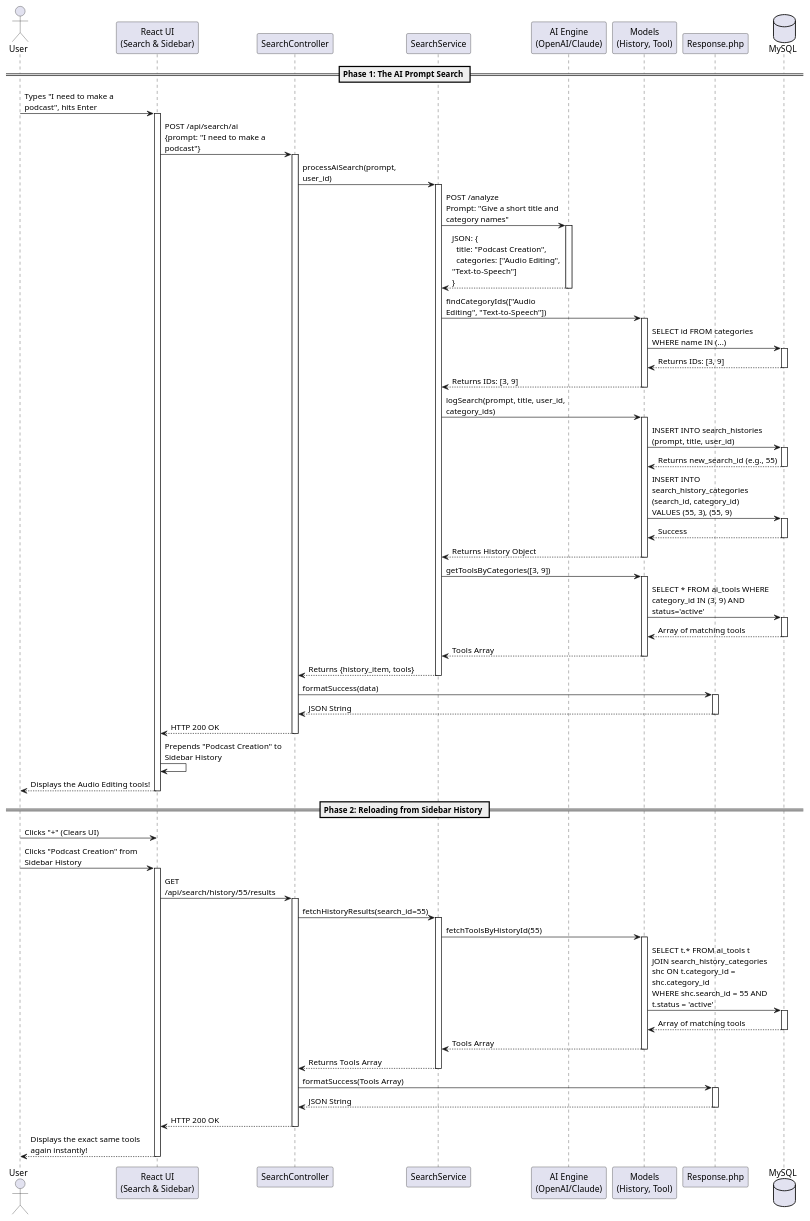
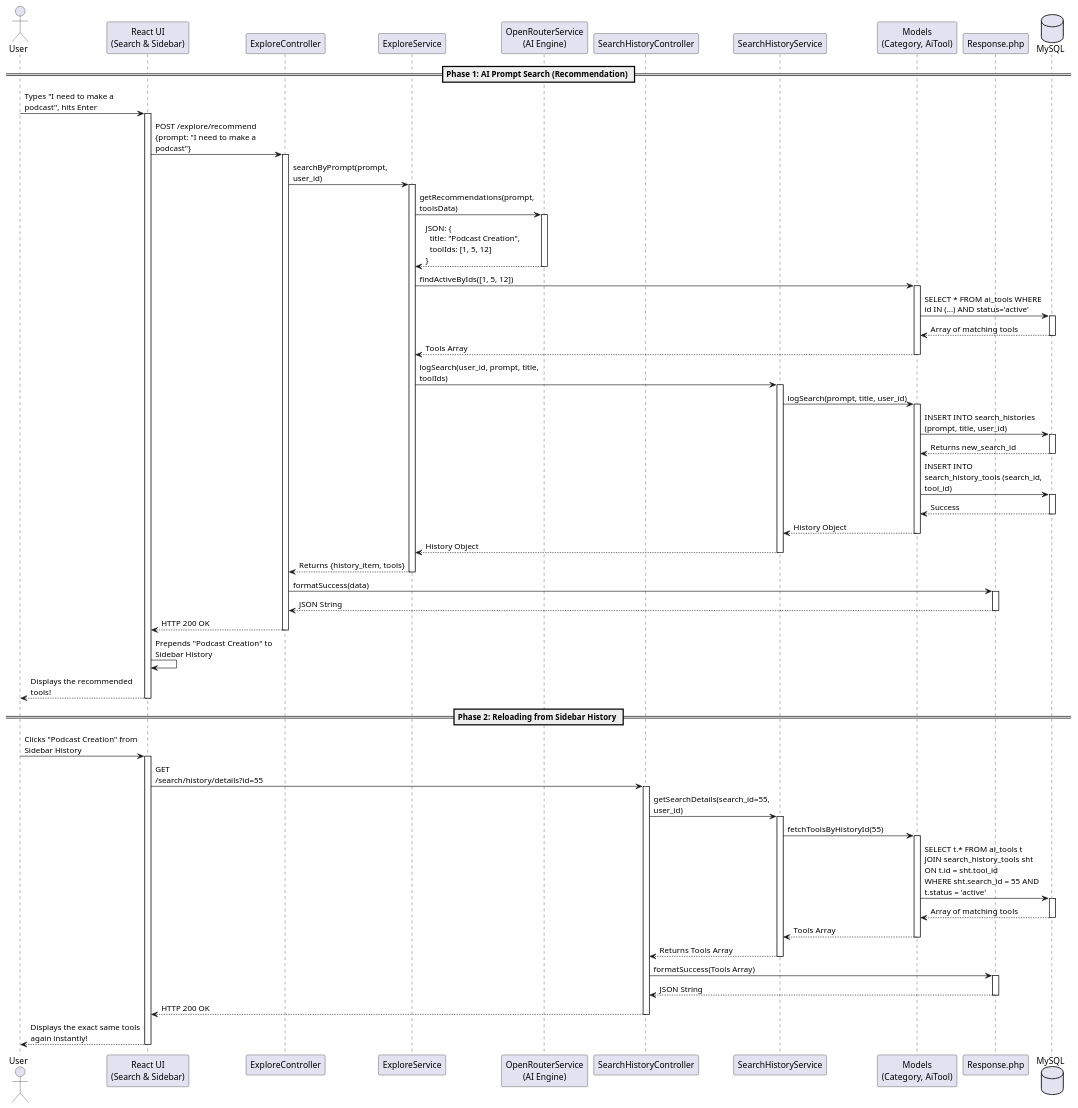
The diagram in docs/sequence/searchAI.wsd (dss47/Penguins), drawn with PlantUML before and after one commit. The commit also changed 81 other files, not shown here.

```diff
--- a/docs/sequence/searchAI.wsd
+++ b/docs/sequence/searchAI.wsd
@@ -1,120 +1,109 @@
 @startuml ai_semantic_search
 skinparam maxMessageSize 200
 
-
 actor "User" as user
 participant "React UI\n(Search & Sidebar)" as react
-participant "SearchController" as controller
-participant "SearchService" as service
-participant "AI Engine\n(OpenAI/Claude)" as ai
-participant "Models\n(History, Tool)" as model
+participant "ExploreController" as explore_ctrl
+participant "ExploreService" as service
+participant "OpenRouterService\n(AI Engine)" as ai
+participant "SearchHistoryController" as history_ctrl
+participant "SearchHistoryService" as history_svc
+participant "Models\n(Category, AiTool)" as model
 participant "Response.php" as res
 database "MySQL" as db
 
 
-== Phase 1: The AI Prompt Search ==
+== Phase 1: AI Prompt Search (Recommendation) ==
 
 user -> react : Types "I need to make a podcast", hits Enter
 activate react
   
-  react -> controller : POST /api/search/ai\n{prompt: "I need to make a podcast"}
-  activate controller
-    controller -> service : processAiSearch(prompt, user_id)
+  react -> explore_ctrl : POST /explore/recommend\n{prompt: "I need to make a podcast"}
+  activate explore_ctrl
+    explore_ctrl -> service : searchByPrompt(prompt, user_id)
     activate service
       
-
-      service -> ai : POST /analyze\nPrompt: "Give a short title and category names"
+      service -> ai : getRecommendations(prompt, toolsData)
       activate ai
-        ai --> service : JSON: {\n  title: "Podcast Creation",\n  categories: ["Audio Editing", "Text-to-Speech"]\n}
+        ai --> service : JSON: {\n  title: "Podcast Creation",\n  toolIds: [1, 5, 12]\n}
       deactivate ai
       
-
-      service -> model : findCategoryIds(["Audio Editing", "Text-to-Speech"])
+      service -> model : findActiveByIds([1, 5, 12])
       activate model
-        model -> db : SELECT id FROM categories WHERE name IN (...)
-        activate db
-          db --> model : Returns IDs: [3, 9]
-        deactivate db
-        model --> service : Returns IDs: [3, 9]
-      deactivate model
-      
-
-      service -> model : logSearch(prompt, title, user_id, category_ids)
-      activate model
-        model -> db : INSERT INTO search_histories (prompt, title, user_id)
-        activate db
-          db --> model : Returns new_search_id (e.g., 55)
-        deactivate db
-        
-        model -> db : INSERT INTO search_history_categories (search_id, category_id)\nVALUES (55, 3), (55, 9)
-        activate db
-          db --> model : Success
-        deactivate db
-        model --> service : Returns History Object
-      deactivate model
-      
-
-      service -> model : getToolsByCategories([3, 9])
-      activate model
-        model -> db : SELECT * FROM ai_tools WHERE category_id IN (3, 9) AND status='active'
+        model -> db : SELECT * FROM ai_tools WHERE id IN (...) AND status='active'
         activate db
           db --> model : Array of matching tools
         deactivate db
-        
-
         model --> service : Tools Array
       deactivate model
       
-      service --> controller : Returns {history_item, tools}
+      service -> history_svc : logSearch(user_id, prompt, title, toolIds)
+      activate history_svc
+        history_svc -> model : logSearch(prompt, title, user_id)
+        activate model
+          model -> db : INSERT INTO search_histories (prompt, title, user_id)
+          activate db
+            db --> model : Returns new_search_id
+          deactivate db
+          
+          model -> db : INSERT INTO search_history_tools (search_id, tool_id)
+          activate db
+            db --> model : Success
+          deactivate db
+          model --> history_svc : History Object
+        deactivate model
+        history_svc --> service : History Object
+      deactivate history_svc
+      
+      service --> explore_ctrl : Returns {history_item, tools}
     deactivate service
     
-    controller -> res : formatSuccess(data)
+    explore_ctrl -> res : formatSuccess(data)
     activate res
-      res --> controller : JSON String
+      res --> explore_ctrl : JSON String
     deactivate res
     
-    controller --> react : HTTP 200 OK
-  deactivate controller
+    explore_ctrl --> react : HTTP 200 OK
+  deactivate explore_ctrl
   
   react -> react : Prepends "Podcast Creation" to Sidebar History
-  react --> user : Displays the Audio Editing tools!
+  react --> user : Displays the recommended tools!
 deactivate react
 
 
 == Phase 2: Reloading from Sidebar History ==
 
-user -> react : Clicks "+" (Clears UI)
 user -> react : Clicks "Podcast Creation" from Sidebar History
 activate react
   
-  react -> controller : GET /api/search/history/55/results
-  activate controller
-    controller -> service : fetchHistoryResults(search_id=55)
-    activate service
+  react -> history_ctrl : GET /search/history/details?id=55
+  activate history_ctrl
+    history_ctrl -> history_svc : getSearchDetails(search_id=55, user_id)
+    activate history_svc
       
-      service -> model : fetchToolsByHistoryId(55)
+      history_svc -> model : fetchToolsByHistoryId(55)
       activate model
         
-        model -> db : SELECT t.* FROM ai_tools t\nJOIN search_history_categories shc ON t.category_id = shc.category_id\nWHERE shc.search_id = 55 AND t.status = 'active'
+        model -> db : SELECT t.* FROM ai_tools t\nJOIN search_history_tools sht ON t.id = sht.tool_id\nWHERE sht.search_id = 55 AND t.status = 'active'
         activate db
           db --> model : Array of matching tools
         deactivate db
         
-        model --> service : Tools Array
+        model --> history_svc : Tools Array
       deactivate model
       
-      service --> controller : Returns Tools Array
-    deactivate service
+      history_svc --> history_ctrl : Returns Tools Array
+    deactivate history_svc
     
-    controller -> res : formatSuccess(Tools Array)
+    history_ctrl -> res : formatSuccess(Tools Array)
     activate res
-      res --> controller : JSON String
+      res --> history_ctrl : JSON String
     deactivate res
     
-    controller --> react : HTTP 200 OK
-  deactivate controller
+    history_ctrl --> react : HTTP 200 OK
+  deactivate history_ctrl
   
   react --> user : Displays the exact same tools again instantly!
 deactivate react
 
 @enduml
```
